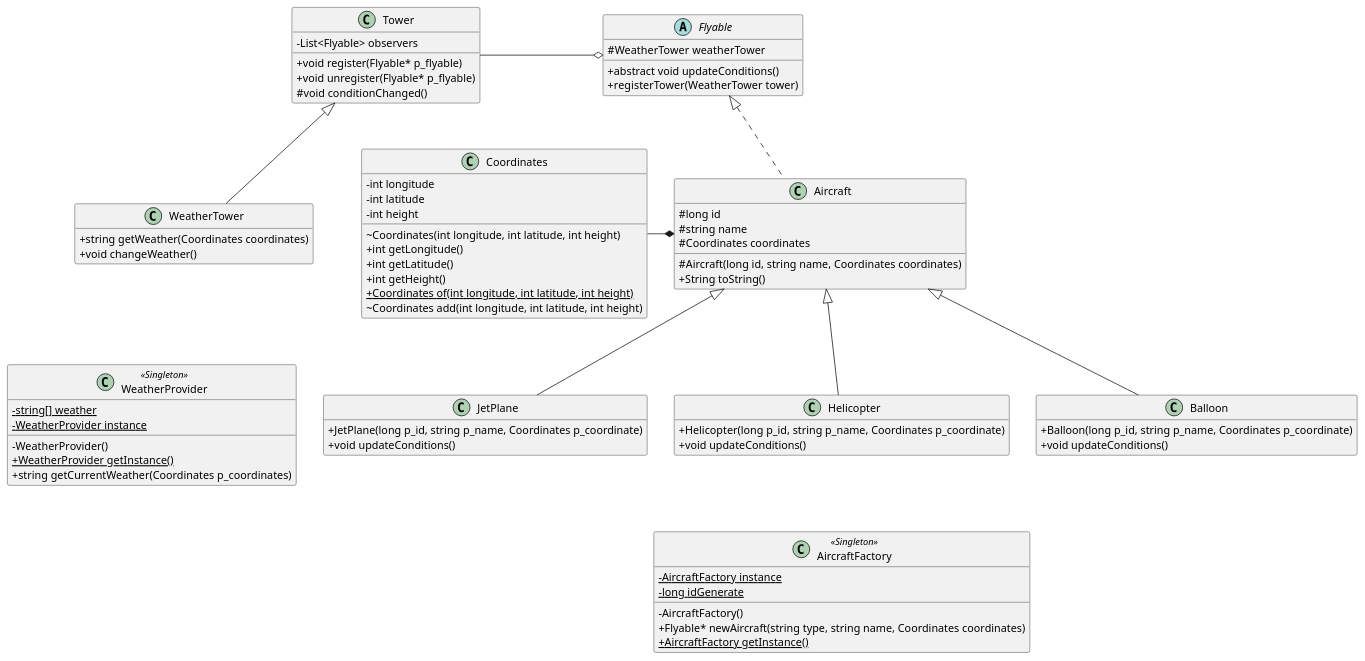
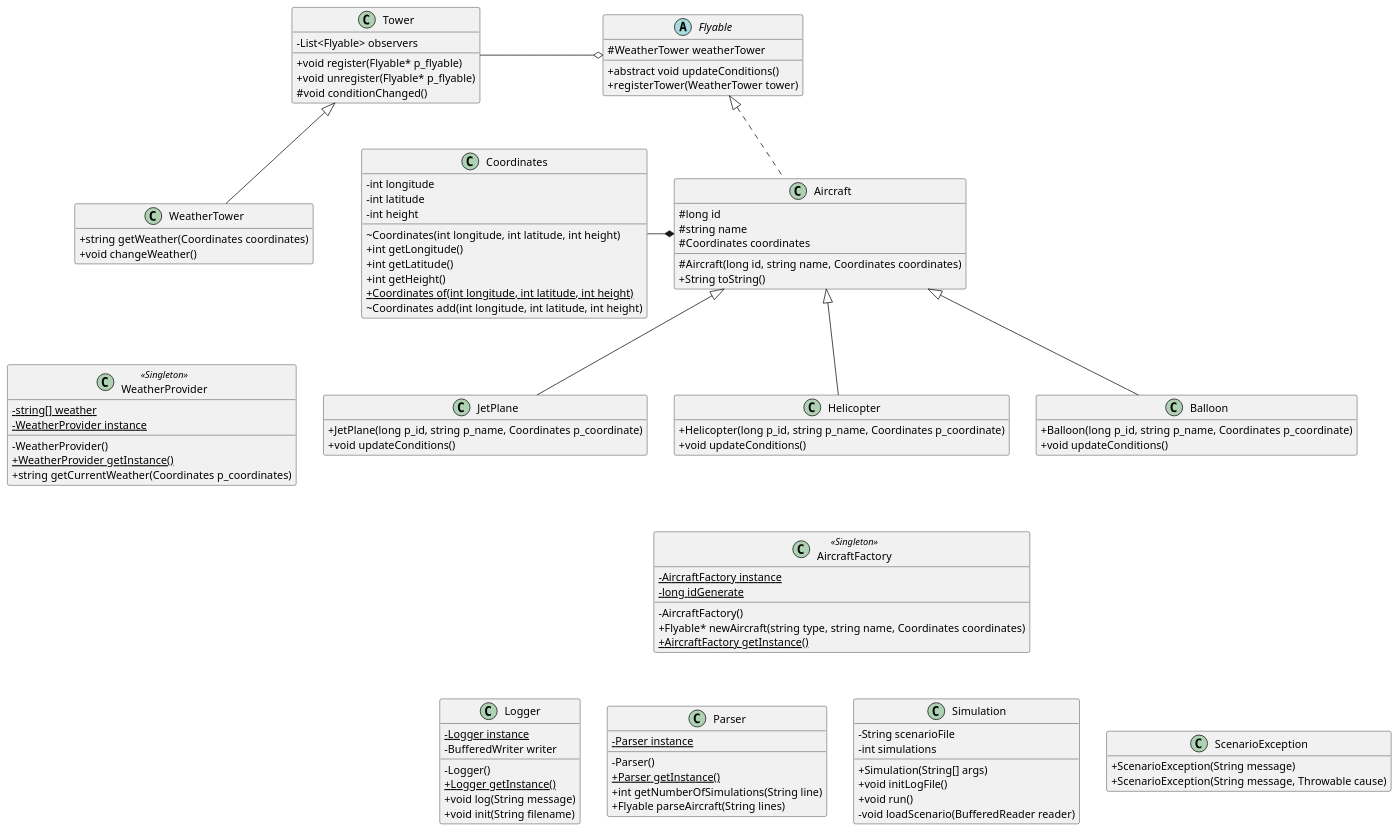
Before and after one commit to faleite/avaj-42: the diagram in dcs/my-global.puml, drawn with PlantUML. The commit also changed 2 other files, not shown here.

Commit message:
(Update) my UML and docs

```diff
--- a/dcs/my-global.puml
+++ b/dcs/my-global.puml
@@ -1,89 +1,129 @@
 @startuml
 skinparam classAttributeIconSize 0
 hide empty members
 class Coordinates
 {
 -int longitude
 -int latitude
 -int height
 ~Coordinates(int longitude, int latitude, int height)
 +int getLongitude()
 +int getLatitude()
 +int getHeight()
 {static} +Coordinates of(int longitude, int latitude, int height)
 ~Coordinates add(int longitude, int latitude, int height)
 }
 class Aircraft
 {
 #long id
 #string name
 #Coordinates coordinates
 #Aircraft(long id, string name, Coordinates coordinates)
 +String toString()
 }
 abstract Flyable
 {
 #WeatherTower weatherTower
 +abstract void updateConditions()
 +registerTower(WeatherTower tower)
 }
 
 class Balloon
 {
 +Balloon(long p_id, string p_name, Coordinates p_coordinate)
 +void updateConditions()
 }
 class JetPlane
 {
 +JetPlane(long p_id, string p_name, Coordinates p_coordinate)
 +void updateConditions()
 }
 class Helicopter
 {
 +Helicopter(long p_id, string p_name, Coordinates p_coordinate)
 +void updateConditions()
 }
 
 class Tower
 {
 -List<Flyable> observers
 +void register(Flyable* p_flyable)
 +void unregister(Flyable* p_flyable)
 #void conditionChanged()
 }
 class WeatherTower
 {
 +string getWeather(Coordinates coordinates)
 +void changeWeather()
 }
 
 class WeatherProvider <<Singleton>>
 {
 {static} -string[] weather
 {static} -WeatherProvider instance
 -WeatherProvider()
 {static} +WeatherProvider getInstance()
 +string getCurrentWeather(Coordinates p_coordinates)
 }
 
 
 class AircraftFactory <<Singleton>>
 {
 {static} -AircraftFactory instance
 {static} -long idGenerate
 -AircraftFactory()
 +Flyable* newAircraft(string type, string name, Coordinates coordinates)
 {static} +AircraftFactory getInstance()
 }
 
+class Logger
+{
+{static} -Logger instance
+-BufferedWriter writer
+-Logger()
+{static} +Logger getInstance()
++void log(String message)
++void init(String filename)
+}
+
+class Parser
+{
+{static} -Parser instance
+-Parser()
+{static} +Parser getInstance()
++int getNumberOfSimulations(String line)
++Flyable parseAircraft(String lines)
+}
+
+class Simulation
+{
+-String scenarioFile
+-int simulations
++Simulation(String[] args)
++void initLogFile()
++void run()
+-void loadScenario(BufferedReader reader)
+}
+
+class ScenarioException
+{
++ScenarioException(String message)
++ScenarioException(String message, Throwable cause)
+}
+
+
 Coordinates -* Aircraft
 Flyable <|.. Aircraft
 Aircraft <|-- Balloon
 Aircraft <|-- JetPlane
 Aircraft <|-- Helicopter
 Tower -o Flyable
 Tower <|-- WeatherTower
 
 WeatherTower -[hidden]- WeatherProvider
 Helicopter -[hidden]- AircraftFactory
+AircraftFactory -[hidden]- Logger
+AircraftFactory -[hidden]- Parser
+AircraftFactory -[hidden]- Simulation
+AircraftFactory -[hidden]- ScenarioException
 @enduml
```
